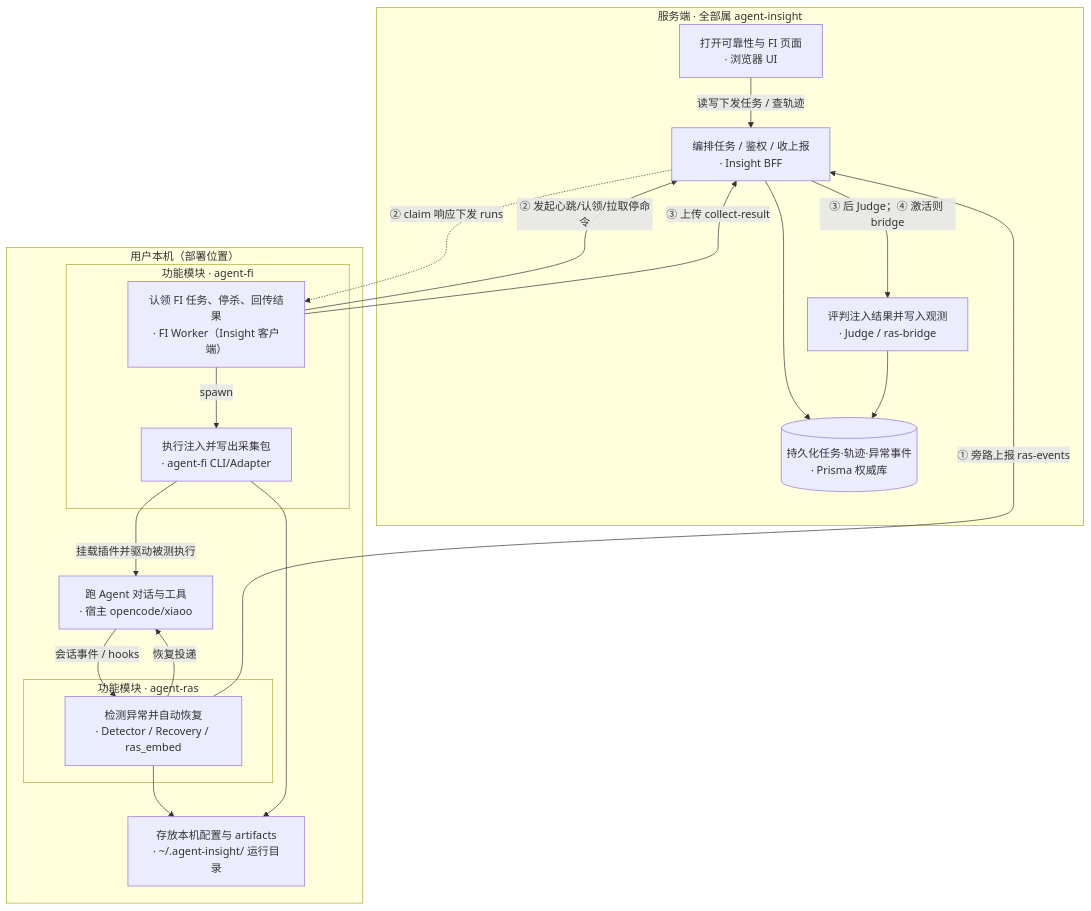
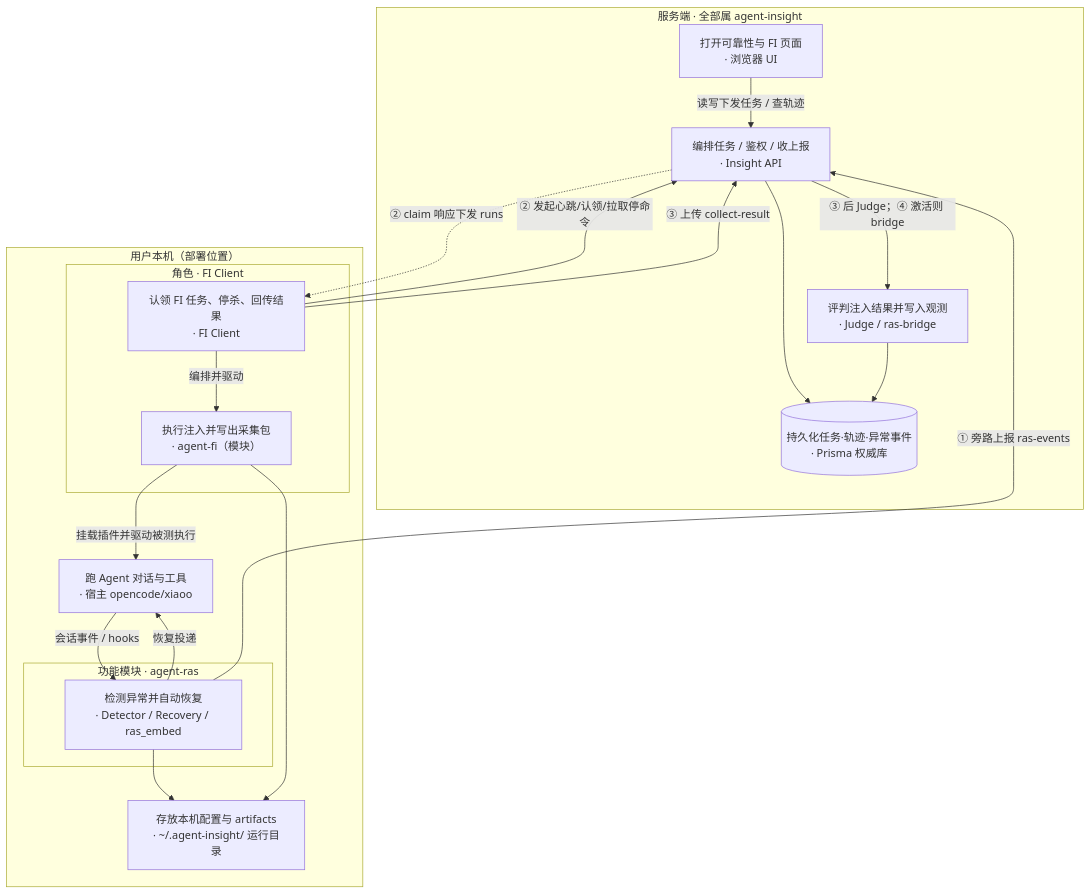
Before and after one commit to openeuler-mirror/agent-insight: the second of 8 diagrams in docs/agent-fault-injection/designs/ras-fi-insight-relationship.md, drawn with Mermaid. The commit also changed other lines of this file and 56 other files, not shown here.

````diff
--- a/docs/agent-fault-injection/designs/ras-fi-insight-relationship.md
+++ b/docs/agent-fault-injection/designs/ras-fi-insight-relationship.md
@@ -72,34 +74,34 @@
 ```mermaid
 flowchart TB
   subgraph server ["服务端 · 全部属 agent-insight"]
     Browser["打开可靠性与 FI 页面<br/>· 浏览器 UI"]
-    BFF["编排任务 / 鉴权 / 收上报<br/>· Insight BFF"]
+    API["编排任务 / 鉴权 / 收上报<br/>· Insight API"]
     Prisma[("持久化任务·轨迹·异常事件<br/>· Prisma 权威库")]
     Judge["评判注入结果并写入观测<br/>· Judge / ras-bridge"]
   end
   subgraph client ["用户本机（部署位置）"]
     Host["跑 Agent 对话与工具<br/>· 宿主 opencode/xiaoo"]
     Local["存放本机配置与 artifacts<br/>· ~/.agent-insight/ 运行目录"]
     subgraph rasMod ["功能模块 · agent-ras"]
       RAS["检测异常并自动恢复<br/>· Detector / Recovery / ras_embed"]
     end
-    subgraph fiMod ["功能模块 · agent-fi"]
-      FIW["认领 FI 任务、停杀、回传结果<br/>· FI Worker（Insight 客户端）"]
-      FICLI["执行注入并写出采集包<br/>· agent-fi CLI/Adapter"]
+    subgraph fiMod ["角色 · FI Client"]
+      FIC["认领 FI 任务、停杀、回传结果<br/>· FI Client"]
+      FICLI["执行注入并写出采集包<br/>· agent-fi（模块）"]
     end
   end
-  Browser -->|"读写下发任务 / 查轨迹"| BFF
-  BFF --> Prisma
+  Browser -->|"读写下发任务 / 查轨迹"| API
+  API --> Prisma
   Judge --> Prisma
   Host -->|"会话事件 / hooks"| RAS
   RAS -->|"恢复投递"| Host
-  FIW -->|spawn| FICLI
+  FIC -->|编排并驱动| FICLI
   FICLI -->|"挂载插件并驱动被测执行"| Host
   RAS --> Local
   FICLI --> Local
-  RAS -->|"① 旁路上报 ras-events"| BFF
-  FIW -->|"② 发起心跳/认领/拉取停命令"| BFF
-  BFF -.->|"② claim 响应下发 runs"| FIW
-  FIW -->|"③ 上传 collect-result"| BFF
-  BFF -->|"③ 后 Judge；④ 激活则 bridge"| Judge
+  RAS -->|"① 旁路上报 ras-events"| API
+  FIC -->|"② 发起心跳/认领/拉取停命令"| API
+  API -.->|"② claim 响应下发 runs"| FIC
+  FIC -->|"③ 上传 collect-result"| API
+  API -->|"③ 后 Judge；④ 激活则 bridge"| Judge
 ```
````
